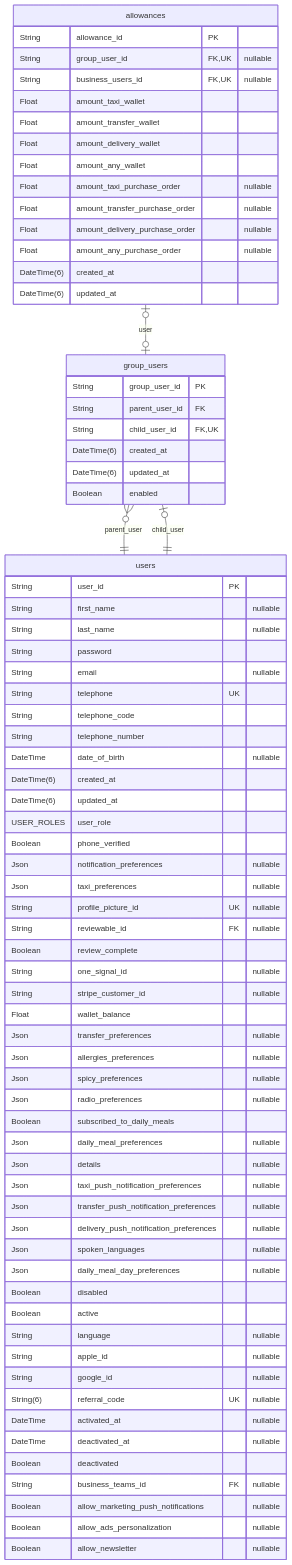
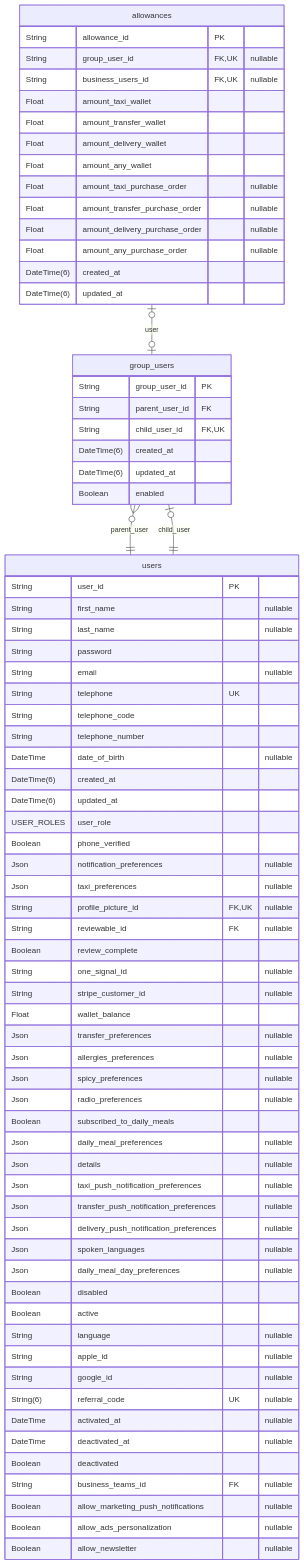
The fifth of 39 diagrams in prisma/schemas/ERD.md (pbozic/be-analyisis), drawn with Mermaid before and after one commit. The commit also changed other lines of this file and 6 other files, not shown here.

Commit message:
feature: erd bloat update + relation names change + removed newline in post-processing function

````diff
--- a/prisma/schemas/ERD.md
+++ b/prisma/schemas/ERD.md
@@ -771,77 +687,77 @@
 ```mermaid
 erDiagram
 "allowances" {
   String allowance_id PK
   String group_user_id FK,UK "nullable"
   String business_users_id FK,UK "nullable"
   Float amount_taxi_wallet
   Float amount_transfer_wallet
   Float amount_delivery_wallet
   Float amount_any_wallet
   Float amount_taxi_purchase_order "nullable"
   Float amount_transfer_purchase_order "nullable"
   Float amount_delivery_purchase_order "nullable"
   Float amount_any_purchase_order "nullable"
   DateTime(6) created_at
   DateTime(6) updated_at
 }
+"group_users" {
+  String group_user_id PK
+  String parent_user_id FK
+  String child_user_id FK,UK
+  DateTime(6) created_at
+  DateTime(6) updated_at
+  Boolean enabled
+}
 "users" {
   String user_id PK
   String first_name "nullable"
   String last_name "nullable"
   String password
   String email "nullable"
   String telephone UK
   String telephone_code
   String telephone_number
   DateTime date_of_birth "nullable"
   DateTime(6) created_at
   DateTime(6) updated_at
   USER_ROLES user_role
   Boolean phone_verified
   Json notification_preferences "nullable"
   Json taxi_preferences "nullable"
-  String profile_picture_id UK "nullable"
+  String profile_picture_id FK,UK "nullable"
   String reviewable_id FK "nullable"
   Boolean review_complete
   String one_signal_id "nullable"
   String stripe_customer_id "nullable"
   Float wallet_balance
   Json transfer_preferences "nullable"
   Json allergies_preferences "nullable"
   Json spicy_preferences "nullable"
   Json radio_preferences "nullable"
   Boolean subscribed_to_daily_meals
   Json daily_meal_preferences "nullable"
   Json details "nullable"
   Json taxi_push_notification_preferences "nullable"
   Json transfer_push_notification_preferences "nullable"
   Json delivery_push_notification_preferences "nullable"
   Json spoken_languages "nullable"
   Json daily_meal_day_preferences "nullable"
   Boolean disabled
   Boolean active
   String language "nullable"
   String apple_id "nullable"
   String google_id "nullable"
   String(6) referral_code UK "nullable"
   DateTime activated_at "nullable"
   DateTime deactivated_at "nullable"
   Boolean deactivated
   String business_teams_id FK "nullable"
   Boolean allow_marketing_push_notifications "nullable"
   Boolean allow_ads_personalization "nullable"
   Boolean allow_newsletter "nullable"
 }
-"group_users" {
-  String group_user_id PK
-  String parent_user_id FK
-  String child_user_id FK,UK
-  DateTime(6) created_at
-  DateTime(6) updated_at
-  Boolean enabled
-}
 "allowances" |o--o| "group_users" : user
 "group_users" }o--|| "users" : parent_user
 "group_users" |o--|| "users" : child_user
 ```
````
